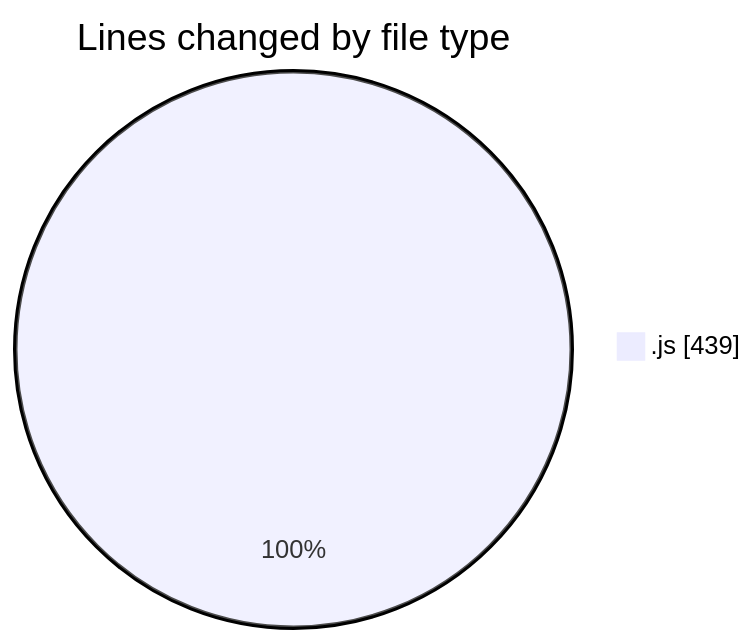
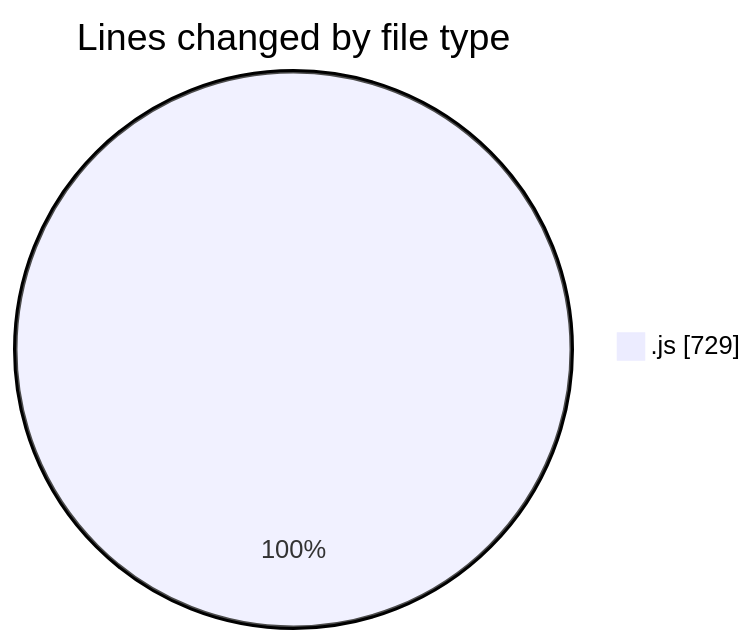
One commit to nxtqubesakshisongat/code-tracking changed the first of 2 diagrams in 2025-08-29/nxtqube_webapp/README.md. Above: the diagram before and after it, drawn with Mermaid. The commit also changed other lines of this file and 1 other file, not shown here.

````diff
--- a/2025-08-29/nxtqube_webapp/README.md
+++ b/2025-08-29/nxtqube_webapp/README.md
@@ -20,5 +20,5 @@
 ```mermaid
 pie showData
 title Lines changed by file type
-".js" : 439
+".js" : 729
 ```
````
